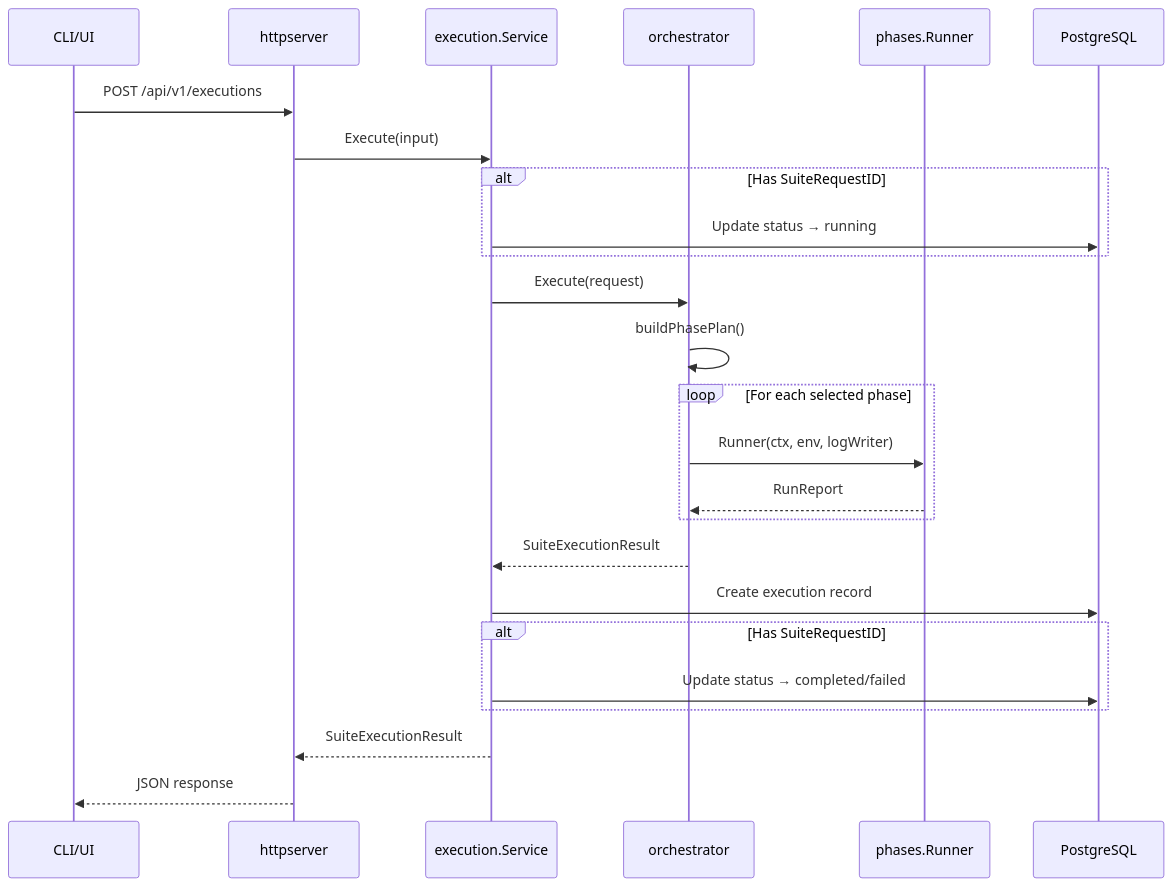
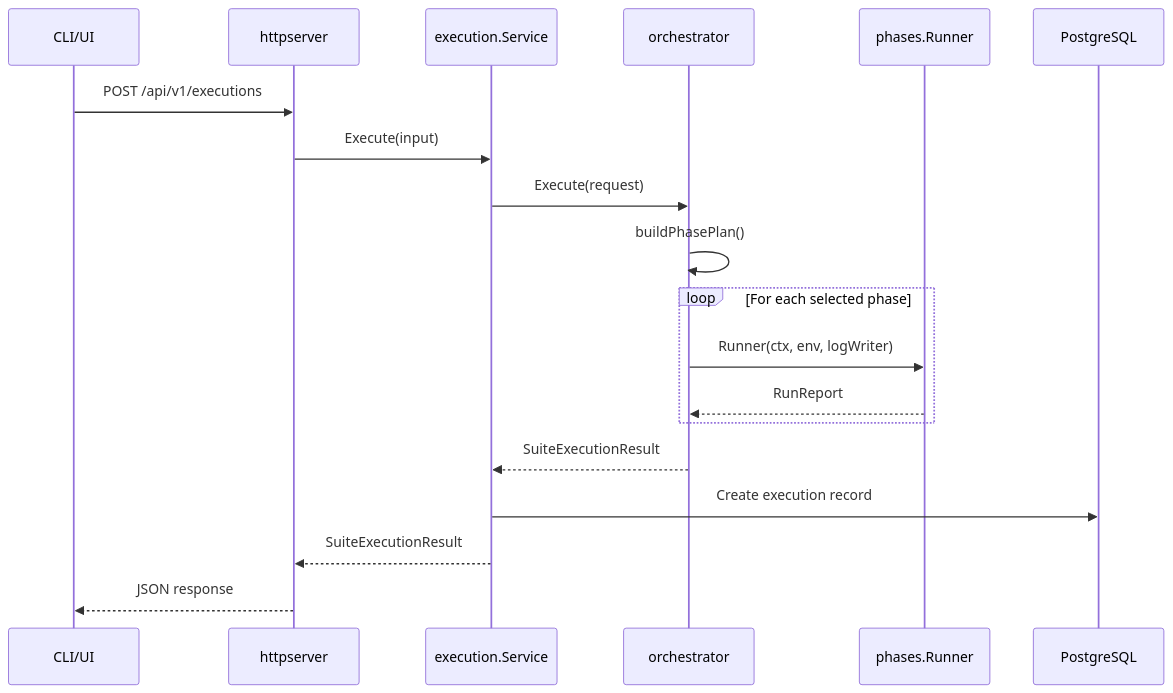
Before and after one commit to Vrooli/Vrooli: the second of 2 diagrams in scenarios/test-genie/api/README.md, drawn with Mermaid. The commit also changed other lines of this file and 183 other files, not shown here.

````diff
--- a/scenarios/test-genie/api/README.md
+++ b/scenarios/test-genie/api/README.md
@@ -163,34 +164,26 @@
 ```mermaid
 sequenceDiagram
     participant CLI as CLI/UI
     participant HTTP as httpserver
     participant Exec as execution.Service
     participant Orch as orchestrator
     participant Phase as phases.Runner
     participant DB as PostgreSQL
 
     CLI->>HTTP: POST /api/v1/executions
     HTTP->>Exec: Execute(input)
 
-    alt Has SuiteRequestID
-        Exec->>DB: Update status → running
-    end
-
     Exec->>Orch: Execute(request)
     Orch->>Orch: buildPhasePlan()
 
     loop For each selected phase
         Orch->>Phase: Runner(ctx, env, logWriter)
         Phase-->>Orch: RunReport
     end
 
     Orch-->>Exec: SuiteExecutionResult
     Exec->>DB: Create execution record
 
-    alt Has SuiteRequestID
-        Exec->>DB: Update status → completed/failed
-    end
-
     Exec-->>HTTP: SuiteExecutionResult
     HTTP-->>CLI: JSON response
 ```
````
